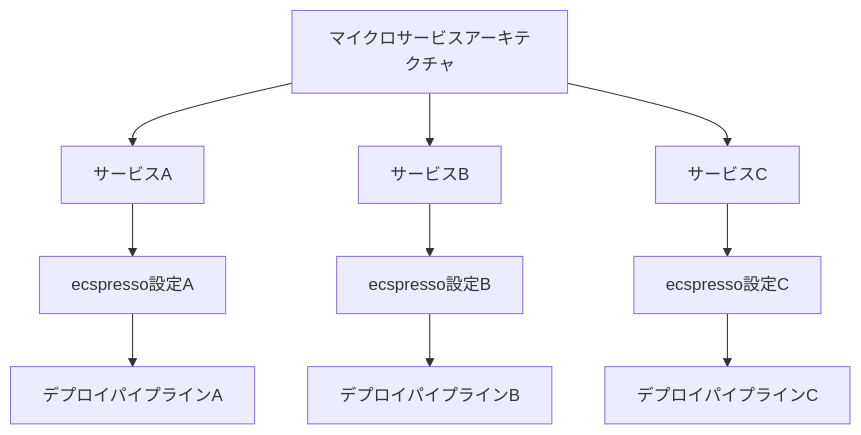
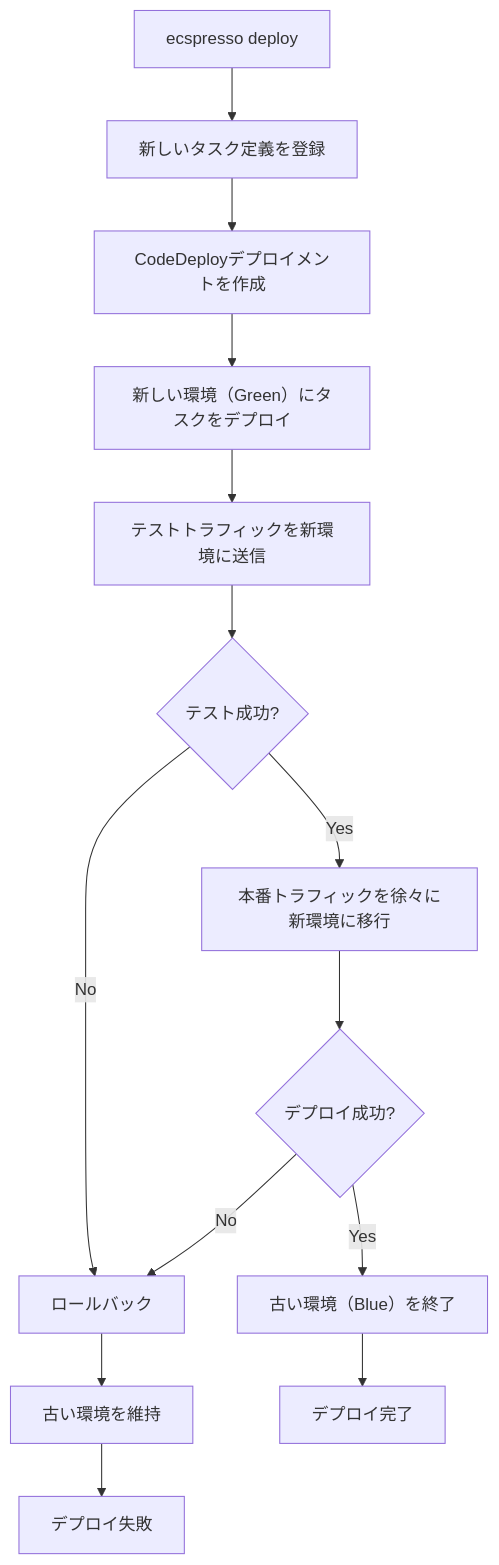
One commit to bufferings/devin-docs changed the diagram in ecspresso/practical/large-scale.md. Above: the diagram before and after it, drawn with Mermaid. The commit also changed other lines of this file and 29 other files, not shown here.

````diff
--- a/ecspresso/practical/large-scale.md
+++ b/ecspresso/practical/large-scale.md
@@ -17,12 +69,16 @@
 ```mermaid
 graph TD
-    A[マイクロサービスアーキテクチャ] --> B[サービスA]
-    A --> C[サービスB]
-    A --> D[サービスC]
-    B --> E[ecspresso設定A]
-    C --> F[ecspresso設定B]
-    D --> G[ecspresso設定C]
-    E --> H[デプロイパイプラインA]
-    F --> I[デプロイパイプラインB]
-    G --> J[デプロイパイプラインC]
+    A[ecspresso deploy] --> B[新しいタスク定義を登録]
+    B --> C[CodeDeployデプロイメントを作成]
+    C --> D[新しい環境（Green）にタスクをデプロイ]
+    D --> E[テストトラフィックを新環境に送信]
+    E --> F{テスト成功?}
+    F -->|Yes| G[本番トラフィックを徐々に新環境に移行]
+    F -->|No| H[ロールバック]
+    G --> I{デプロイ成功?}
+    I -->|Yes| J[古い環境（Blue）を終了]
+    I -->|No| H
+    H --> K[古い環境を維持]
+    J --> L[デプロイ完了]
+    K --> M[デプロイ失敗]
 ```
````
